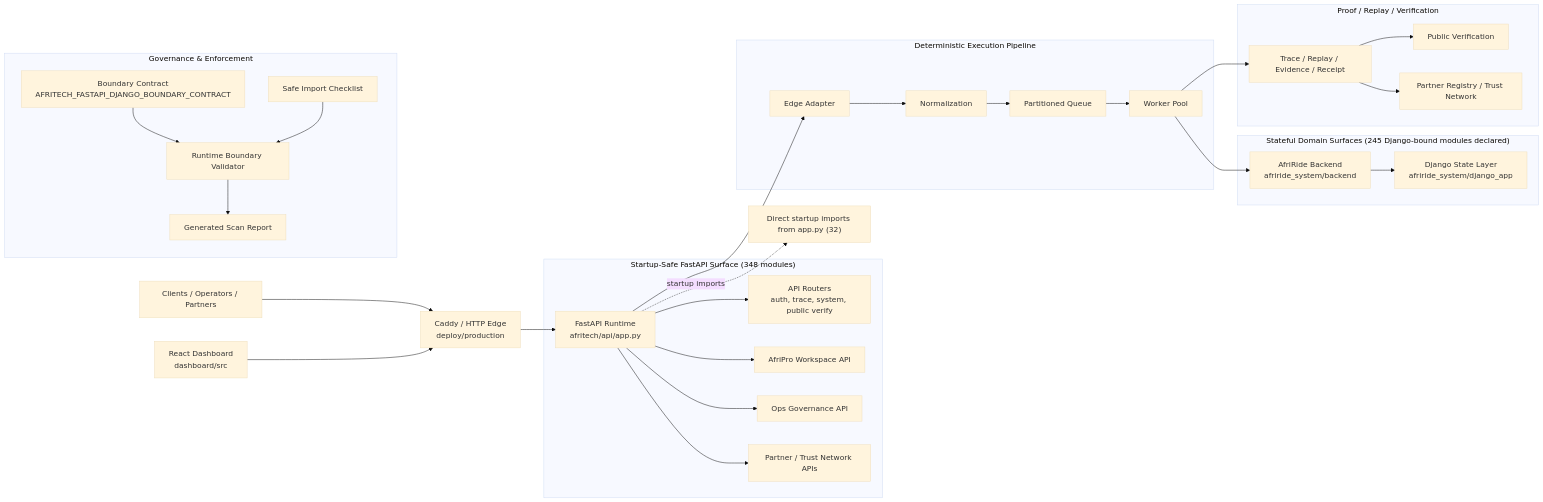
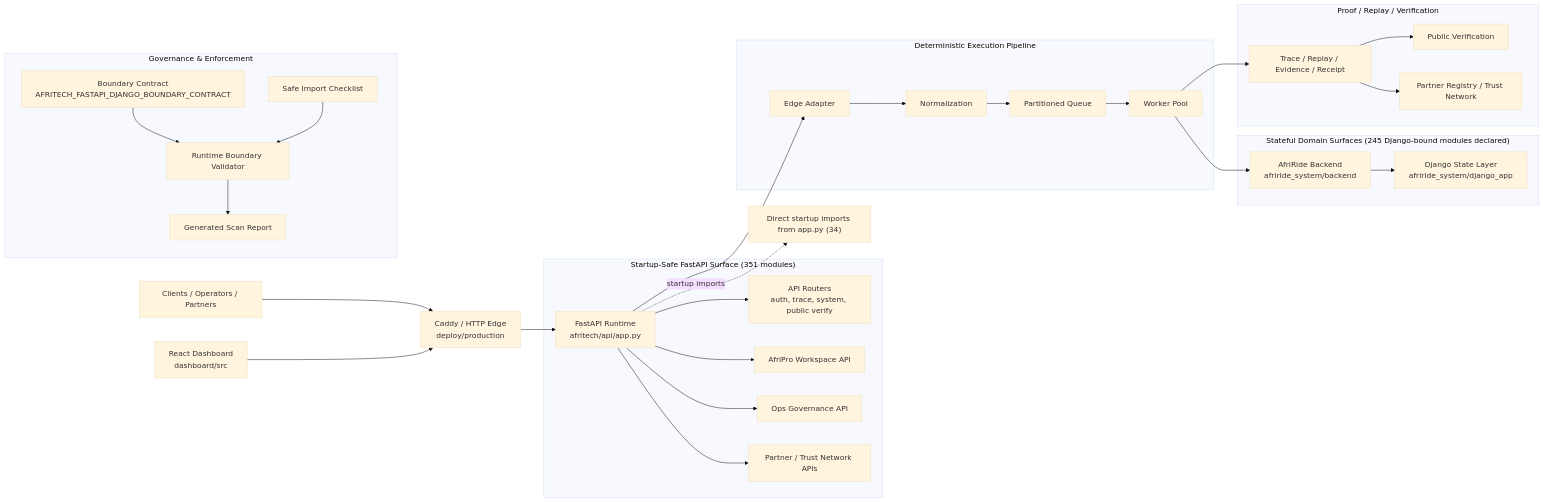
The first of 2 diagrams in docs/architecture/AFRITECH_FULL_ARCHITECTURE_GRAPH.md (Strelly2023/afritelematics), drawn with Mermaid (base theme) before and after one commit. The commit also changed other lines of this file and 15 other files, not shown here.

````diff
--- a/docs/architecture/AFRITECH_FULL_ARCHITECTURE_GRAPH.md
+++ b/docs/architecture/AFRITECH_FULL_ARCHITECTURE_GRAPH.md
@@ -22,39 +22,39 @@
 ```mermaid
 flowchart LR
     Client["Clients / Operators / Partners"] --> Edge["Caddy / HTTP Edge\ndeploy/production"]
     Dashboard["React Dashboard\ndashboard/src"] --> Edge
     Edge --> App["FastAPI Runtime\nafritech/api/app.py"]
 
-    subgraph FastAPI["Startup-Safe FastAPI Surface (348 modules)"]
+    subgraph FastAPI["Startup-Safe FastAPI Surface (351 modules)"]
         App --> Api["API Routers\nauth, trace, system, public verify"]
         App --> Workspace["AfriPro Workspace API"]
         App --> Governance["Ops Governance API"]
         App --> Trust["Partner / Trust Network APIs"]
     end
 
     subgraph Pipeline["Deterministic Execution Pipeline"]
         App --> Adapt["Edge Adapter"]
         Adapt --> Normalize["Normalization"]
         Normalize --> Queue["Partitioned Queue"]
         Queue --> Worker["Worker Pool"]
     end
 
     subgraph State["Stateful Domain Surfaces (245 Django-bound modules declared)"]
         Worker --> Domain["AfriRide Backend\nafriride_system/backend"]
         Domain --> Django["Django State Layer\nafriride_system/django_app"]
     end
 
     subgraph Proof["Proof / Replay / Verification"]
         Worker --> Trace["Trace / Replay / Evidence / Receipt"]
         Trace --> Public["Public Verification"]
         Trace --> Registry["Partner Registry / Trust Network"]
     end
 
     subgraph GovernancePlane["Governance & Enforcement"]
         Contract["Boundary Contract\nAFRITECH_FASTAPI_DJANGO_BOUNDARY_CONTRACT"] --> Validator["Runtime Boundary Validator"]
         Checklist["Safe Import Checklist"] --> Validator
         Validator --> Review["Generated Scan Report"]
     end
 
-    App -. startup imports .-> Imports["Direct startup imports from app.py (32)"]
+    App -. startup imports .-> Imports["Direct startup imports from app.py (34)"]
 ```
````
